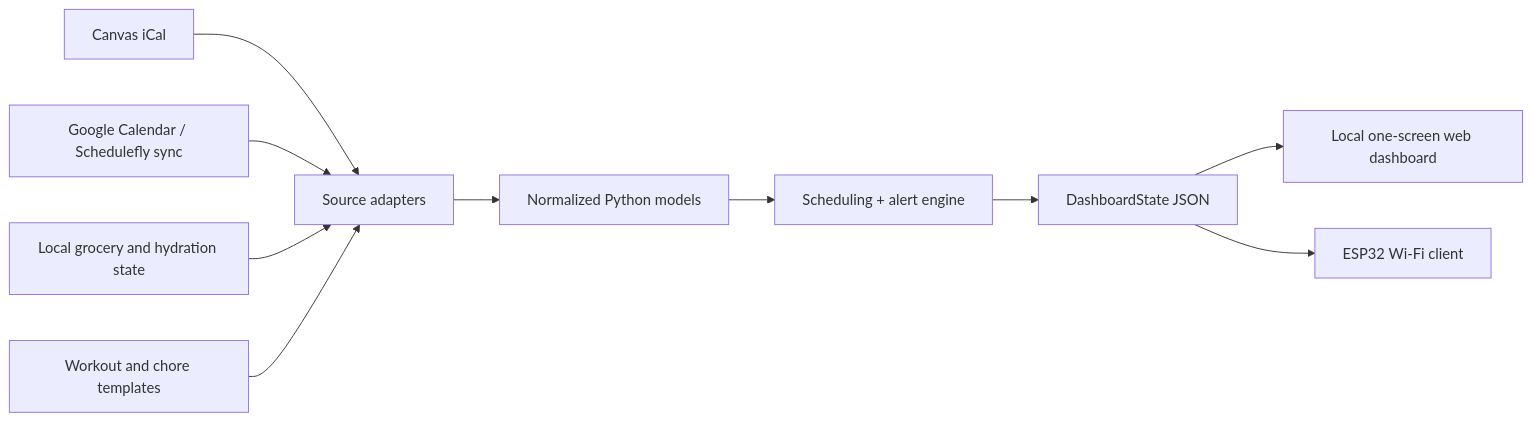
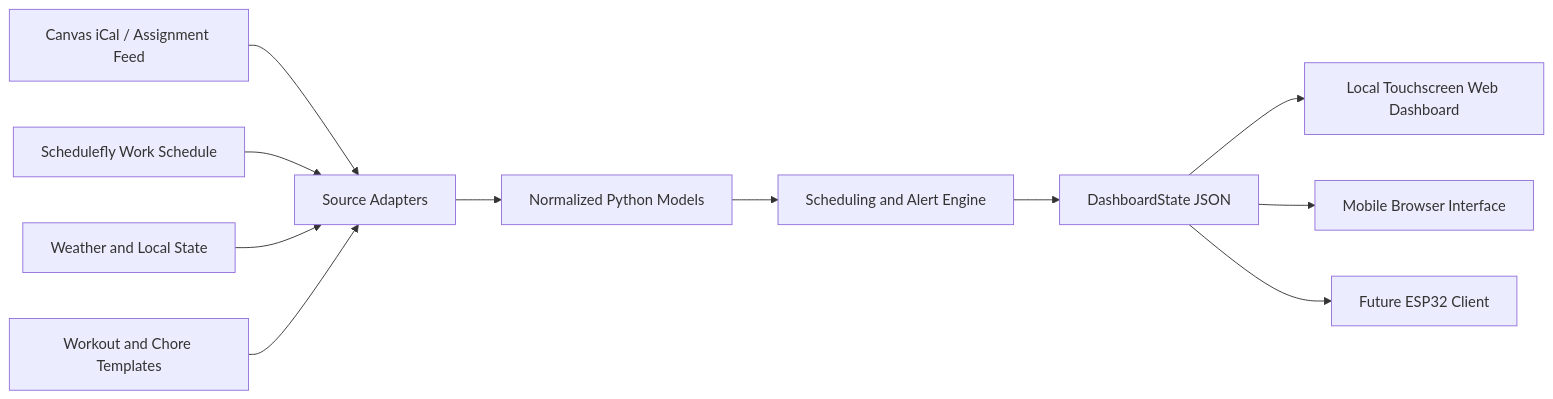
The diagram in README.md (hafnervaughn-projects/lifehub), drawn with Mermaid before and after one commit. The commit also changed other lines of this file and 7 other files, not shown here.

````diff
--- a/README.md
+++ b/README.md
@@ -7,12 +74,13 @@
 ```mermaid
 flowchart LR
-    A["Canvas iCal"] --> I["Source adapters"]
-    B["Google Calendar / Schedulefly sync"] --> I
-    C["Local grocery and hydration state"] --> I
-    D["Workout and chore templates"] --> I
-    I --> N["Normalized Python models"]
-    N --> S["Scheduling + alert engine"]
+    A["Canvas iCal / Assignment Feed"] --> I["Source Adapters"]
+    B["Schedulefly Work Schedule"] --> I
+    C["Weather and Local State"] --> I
+    D["Workout and Chore Templates"] --> I
+    I --> N["Normalized Python Models"]
+    N --> S["Scheduling and Alert Engine"]
     S --> J["DashboardState JSON"]
-    J --> W["Local one-screen web dashboard"]
-    J --> E["ESP32 Wi-Fi client"]
+    J --> W["Local Touchscreen Web Dashboard"]
+    J --> M["Mobile Browser Interface"]
+    J --> E["Future ESP32 Client"]
 ```
````
